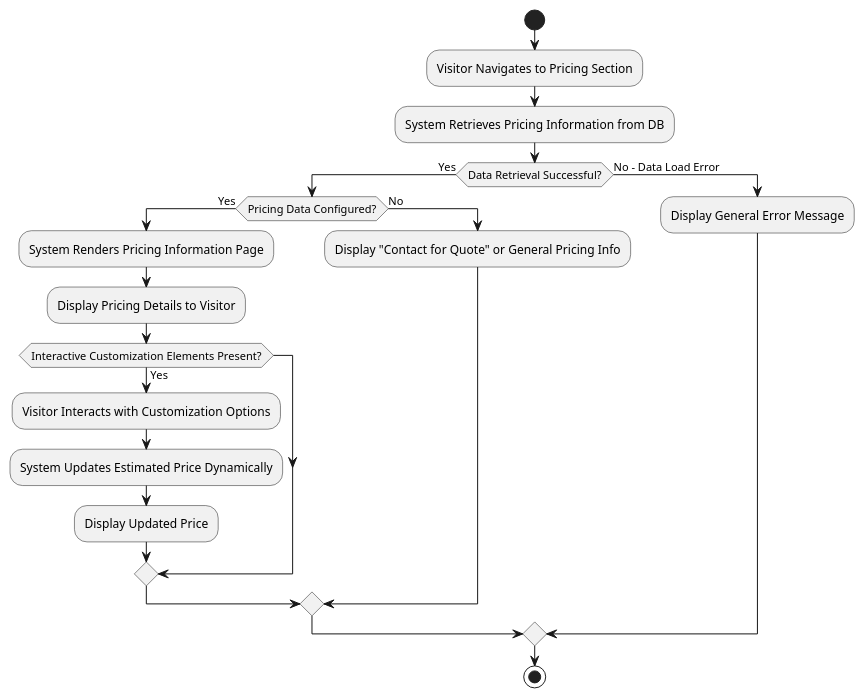
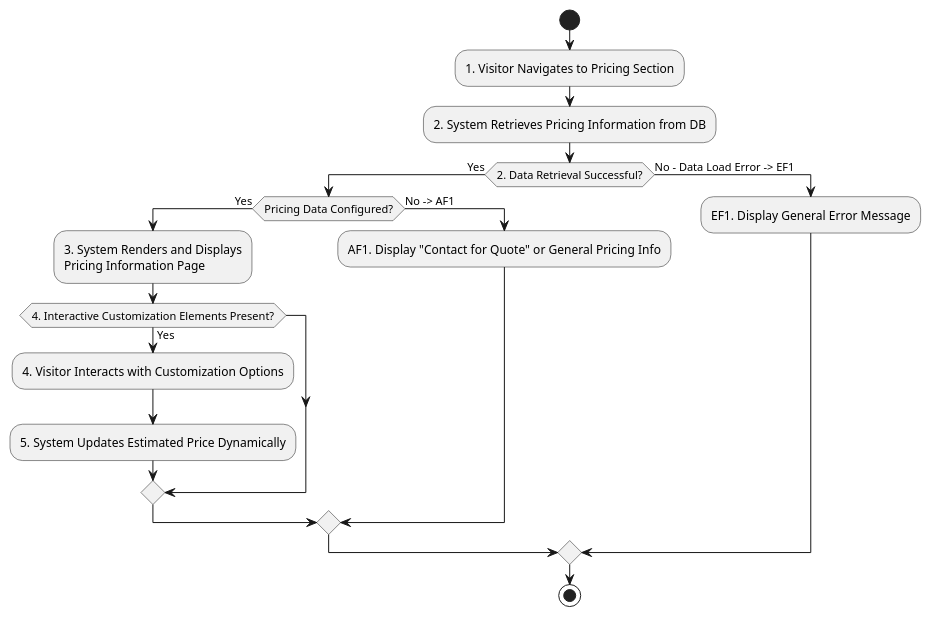
The ninth of 36 diagrams in Academic version/appendix: SRS.md (7azmi/Al-Muneer-Portal), drawn with PlantUML before and after one commit. The commit also changed other lines of this file and 10 other files, not shown here.

````diff
--- a/Academic version/appendix: SRS.md
+++ b/Academic version/appendix: SRS.md
@@ -605,23 +643,21 @@
 ```plantuml
 @startuml
 start
-:Visitor Navigates to Pricing Section;
-:System Retrieves Pricing Information from DB;
-if (Data Retrieval Successful?) then (Yes)
+:1. Visitor Navigates to Pricing Section;
+:2. System Retrieves Pricing Information from DB;
+if (2. Data Retrieval Successful?) then (Yes)
   if (Pricing Data Configured?) then (Yes)
-    :System Renders Pricing Information Page;
-    :Display Pricing Details to Visitor;
-    if (Interactive Customization Elements Present?) then (Yes)
-      :Visitor Interacts with Customization Options;
-      :System Updates Estimated Price Dynamically;
-      :Display Updated Price;
+    :3. System Renders and Displays\nPricing Information Page;
+    if (4. Interactive Customization Elements Present?) then (Yes)
+      :4. Visitor Interacts with Customization Options;
+      :5. System Updates Estimated Price Dynamically;
     endif
-  else (No)
-    :Display "Contact for Quote" or General Pricing Info;
+  else (No -> AF1)
+    :AF1. Display "Contact for Quote" or General Pricing Info;
   endif
-else (No - Data Load Error)
-  :Display General Error Message;
+else (No - Data Load Error -> EF1)
+  :EF1. Display General Error Message;
 endif
 stop
 @enduml
 ```
````
